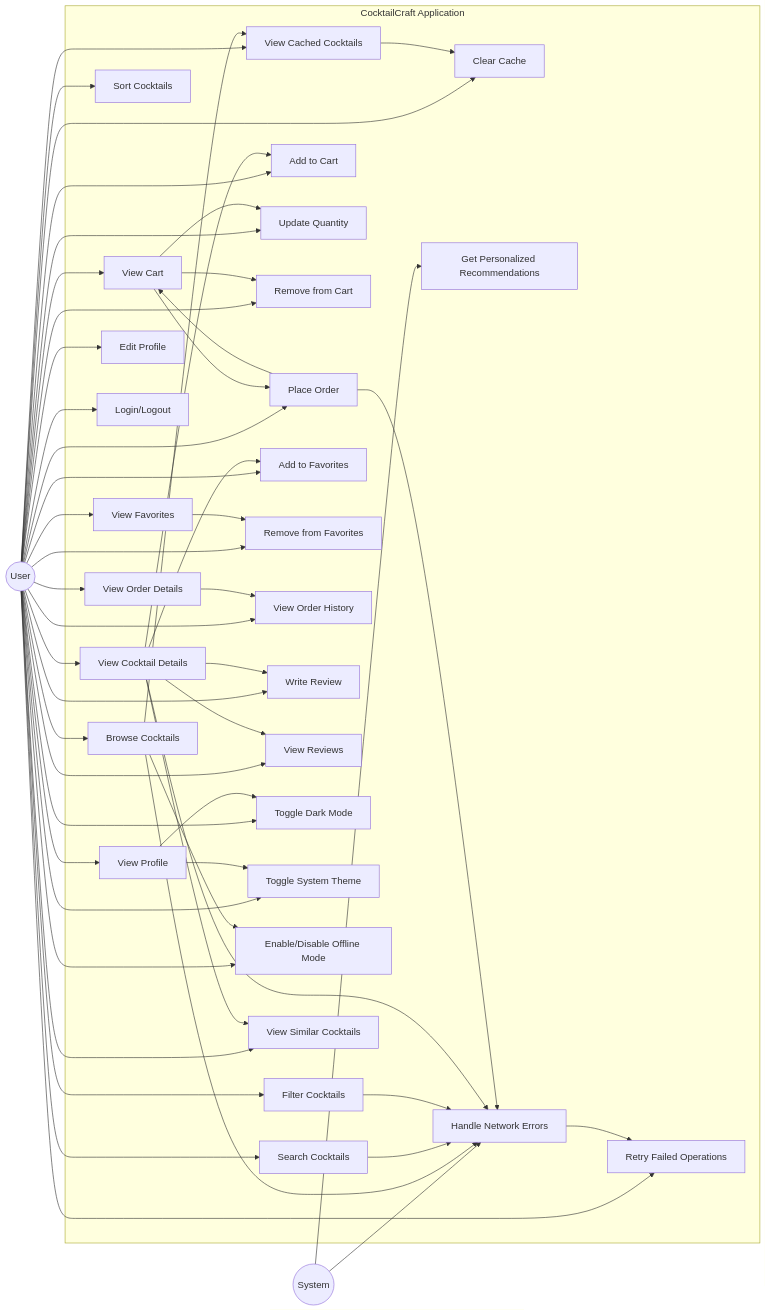
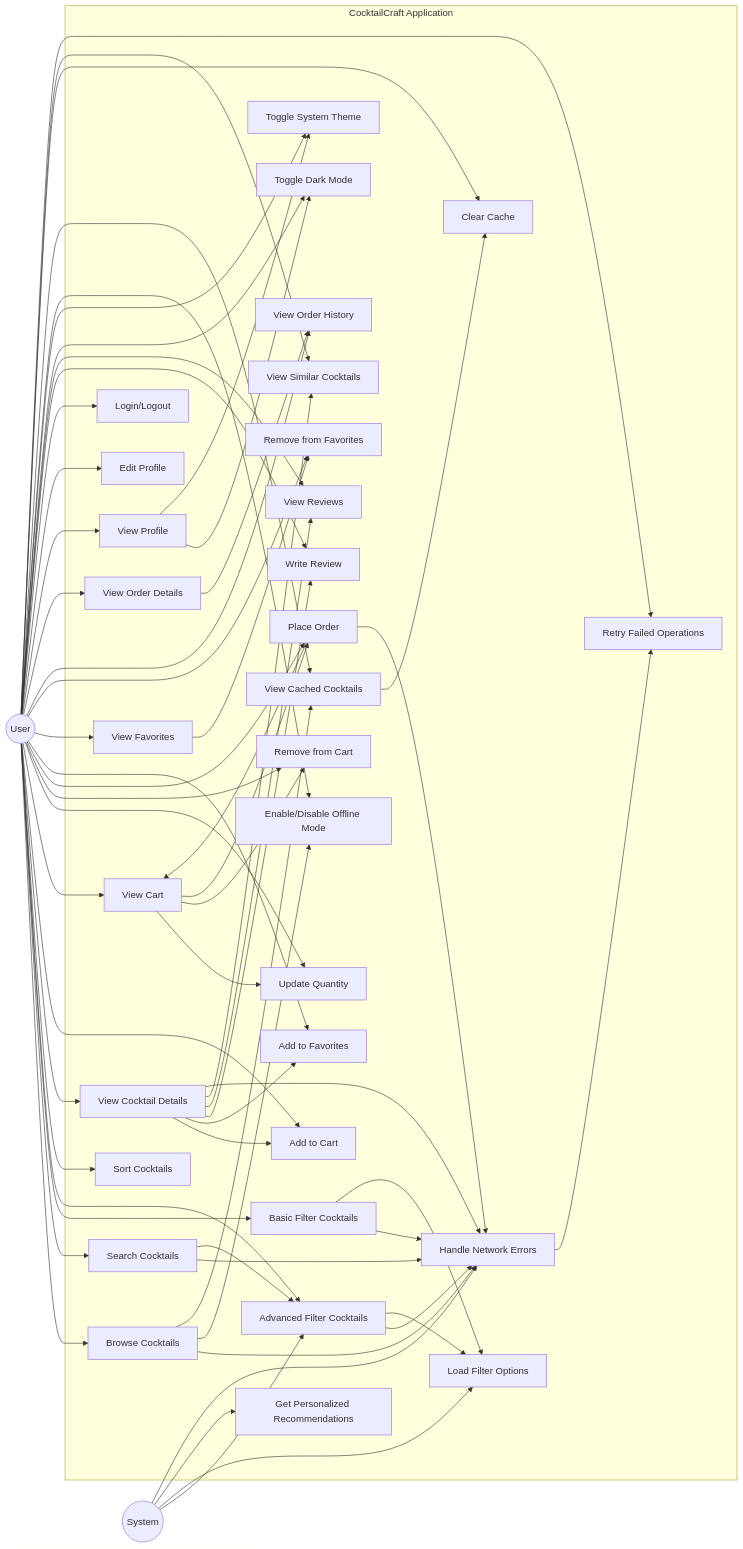
Before and after one commit to robto09/CocktailCraft: the diagram in docs/images/mermaid/use_case_diagram.md, drawn with Mermaid. The commit also changed other lines of this file and 3 other files, not shown here.

````diff
--- a/docs/images/mermaid/use_case_diagram.md
+++ b/docs/images/mermaid/use_case_diagram.md
@@ -9,51 +9,53 @@
         %% Home Screen Use Cases
         UC1[Browse Cocktails]
         UC2[Search Cocktails]
-        UC3[Filter Cocktails]
-        UC4[Sort Cocktails]
-        UC5[View Cocktail Details]
+        UC3[Basic Filter Cocktails]
+        UC4[Advanced Filter Cocktails]
+        UC5[Load Filter Options]
+        UC6[Sort Cocktails]
+        UC7[View Cocktail Details]
 
         %% Cart Use Cases
-        UC6[Add to Cart]
-        UC7[View Cart]
-        UC8[Update Quantity]
-        UC9[Remove from Cart]
-        UC10[Place Order]
+        UC8[Add to Cart]
+        UC9[View Cart]
+        UC10[Update Quantity]
+        UC11[Remove from Cart]
+        UC12[Place Order]
 
         %% Favorites Use Cases
-        UC11[Add to Favorites]
-        UC12[View Favorites]
-        UC13[Remove from Favorites]
+        UC13[Add to Favorites]
+        UC14[View Favorites]
+        UC15[Remove from Favorites]
 
         %% Order Use Cases
-        UC14[View Order History]
-        UC15[View Order Details]
+        UC16[View Order History]
+        UC17[View Order Details]
 
         %% Profile Use Cases
-        UC16[View Profile]
-        UC17[Edit Profile]
-        UC18[Login/Logout]
+        UC18[View Profile]
+        UC19[Edit Profile]
+        UC20[Login/Logout]
 
         %% Review Use Cases
-        UC19[Write Review]
-        UC20[View Reviews]
+        UC21[Write Review]
+        UC22[View Reviews]
 
         %% Theme Use Cases
-        UC21[Toggle Dark Mode]
-        UC22[Toggle System Theme]
+        UC23[Toggle Dark Mode]
+        UC24[Toggle System Theme]
 
         %% Offline Mode Use Cases
-        UC23[Enable/Disable Offline Mode]
-        UC24[View Cached Cocktails]
-        UC25[Clear Cache]
+        UC25[Enable/Disable Offline Mode]
+        UC26[View Cached Cocktails]
+        UC27[Clear Cache]
 
         %% Recommendation Use Cases
-        UC26[View Similar Cocktails]
-        UC27[Get Personalized Recommendations]
+        UC28[View Similar Cocktails]
+        UC29[Get Personalized Recommendations]
 
         %% Error Handling Use Cases
-        UC28[Handle Network Errors]
-        UC29[Retry Failed Operations]
+        UC30[Handle Network Errors]
+        UC31[Retry Failed Operations]
     end
 
     %% User Associations
@@ -61,7 +63,6 @@
     User --> UC2
     User --> UC3
     User --> UC4
-    User --> UC5
     User --> UC6
     User --> UC7
     User --> UC8
@@ -83,33 +84,46 @@
     User --> UC24
     User --> UC25
     User --> UC26
-    User --> UC29
+    User --> UC27
+    User --> UC28
+    User --> UC31
+
+    %% System handles filter options loading and advanced filtering
+    System --> UC4
+    System --> UC5
 
     %% System Associations
-    System --> UC27
-    System --> UC28
+    System --> UC29
+    System --> UC30
 
     %% Include/Extend Relationships
-    UC5 --> UC6
-    UC5 --> UC11
-    UC5 --> UC19
-    UC5 --> UC20
-    UC5 --> UC26
+    %% Include/Extend Relationships
     UC7 --> UC8
-    UC7 --> UC9
-    UC7 --> UC10
-    UC10 --> UC7
-    UC12 --> UC13
-    UC15 --> UC14
-    UC16 --> UC21
-    UC16 --> UC22
-    UC1 --> UC28
-    UC2 --> UC28
-    UC3 --> UC28
-    UC5 --> UC28
-    UC10 --> UC28
-    UC28 --> UC29
-    UC1 --> UC23
-    UC1 --> UC24
-    UC24 --> UC25
+    UC7 --> UC13
+    UC7 --> UC21
+    UC7 --> UC22
+    UC7 --> UC28
+    UC9 --> UC10
+    UC9 --> UC11
+    UC9 --> UC12
+    UC12 --> UC9
+    UC14 --> UC15
+    UC17 --> UC16
+    UC18 --> UC23
+    UC18 --> UC24
+    UC1 --> UC30
+    UC2 --> UC30
+    UC3 --> UC30
+    UC4 --> UC30
+    UC7 --> UC30
+    UC12 --> UC30
+    UC30 --> UC31
+    UC1 --> UC25
+    UC1 --> UC26
+    UC26 --> UC27
+
+    %% Advanced Search Relationships
+    UC2 --> UC4
+    UC4 --> UC5
+    UC3 --> UC5
 ```
````
